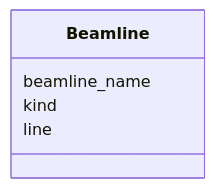
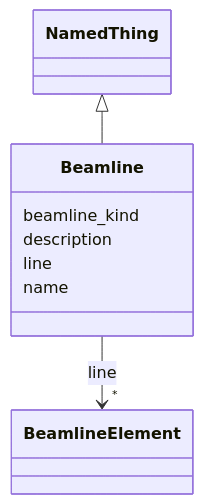
One commit to pals-project/pals-facility-config changed the diagram in docs_narad/Beamline.md. Above: the diagram before and after it, drawn with Mermaid. The commit also changed other lines of this file and 235 other files, not shown here.

Commit message:
aligned schema to SOSA SNN, gen-project gendocs and validate all work

````diff
--- a/docs_narad/Beamline.md
+++ b/docs_narad/Beamline.md
@@ -18,12 +18,26 @@
 ```mermaid
  classDiagram
     class Beamline
     click Beamline href "../Beamline/"
-      Beamline : beamline_name
+      NamedThing <|-- Beamline
+        click NamedThing href "../NamedThing/"
+      
+      Beamline : beamline_kind
         
-      Beamline : kind
+      Beamline : description
         
       Beamline : line
         
+          
+    
+        
+        
+        Beamline --> "*" BeamlineElement : line
+        click BeamlineElement href "../BeamlineElement/"
+    
+
+        
+      Beamline : name
+        
       
 ```
````
